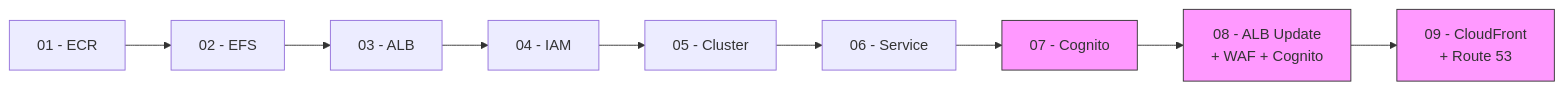
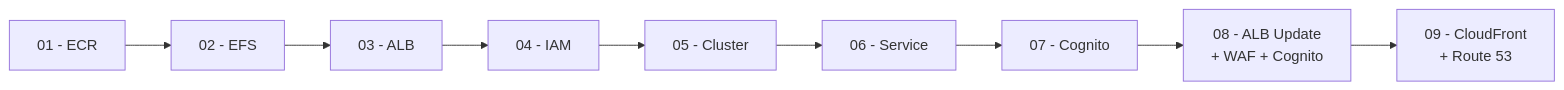
Before and after one commit to garystafford/ai-image-cropper-v2: the second of 4 diagrams in README.md, drawn with Mermaid. The commit also changed 1 other file, not shown here.

````diff
--- a/README.md
+++ b/README.md
@@ -123,15 +123,11 @@
 ```mermaid
 graph LR
     S1[01 - ECR] --> S2[02 - EFS]
     S2 --> S3[03 - ALB]
     S3 --> S4[04 - IAM]
     S4 --> S5[05 - Cluster]
     S5 --> S6[06 - Service]
     S6 --> S7[07 - Cognito]
     S7 --> S8[08 - ALB Update<br/>+ WAF + Cognito]
     S8 --> S9[09 - CloudFront<br/>+ Route 53]
-
-    style S7 fill:#f9f,stroke:#333
-    style S8 fill:#f9f,stroke:#333
-    style S9 fill:#f9f,stroke:#333
 ```
````
